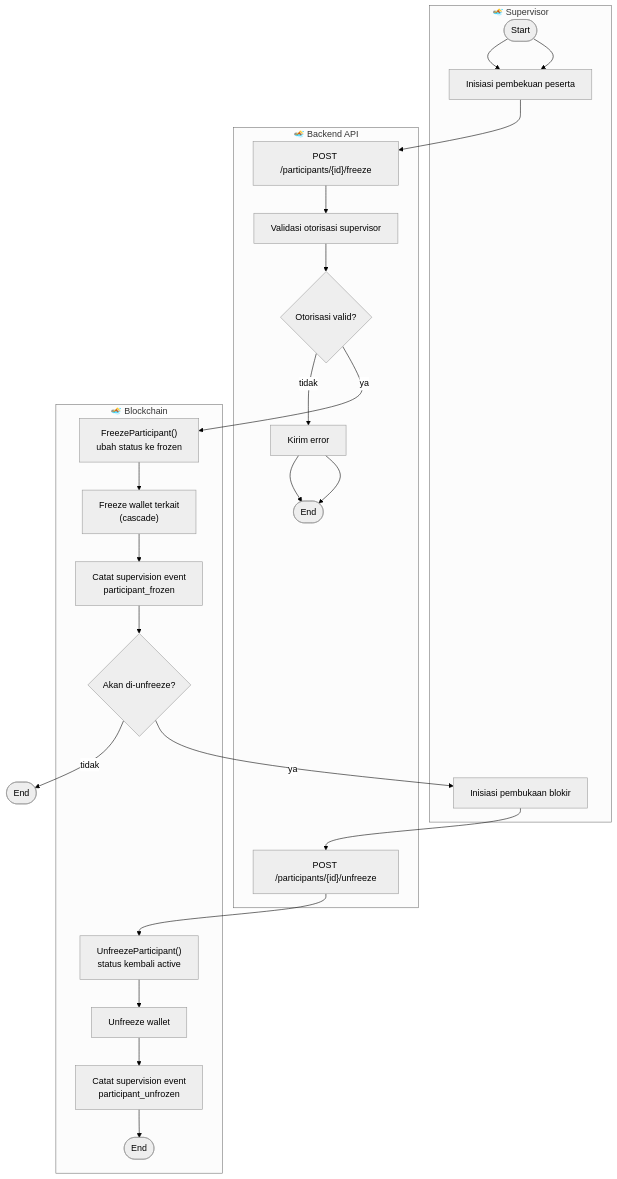
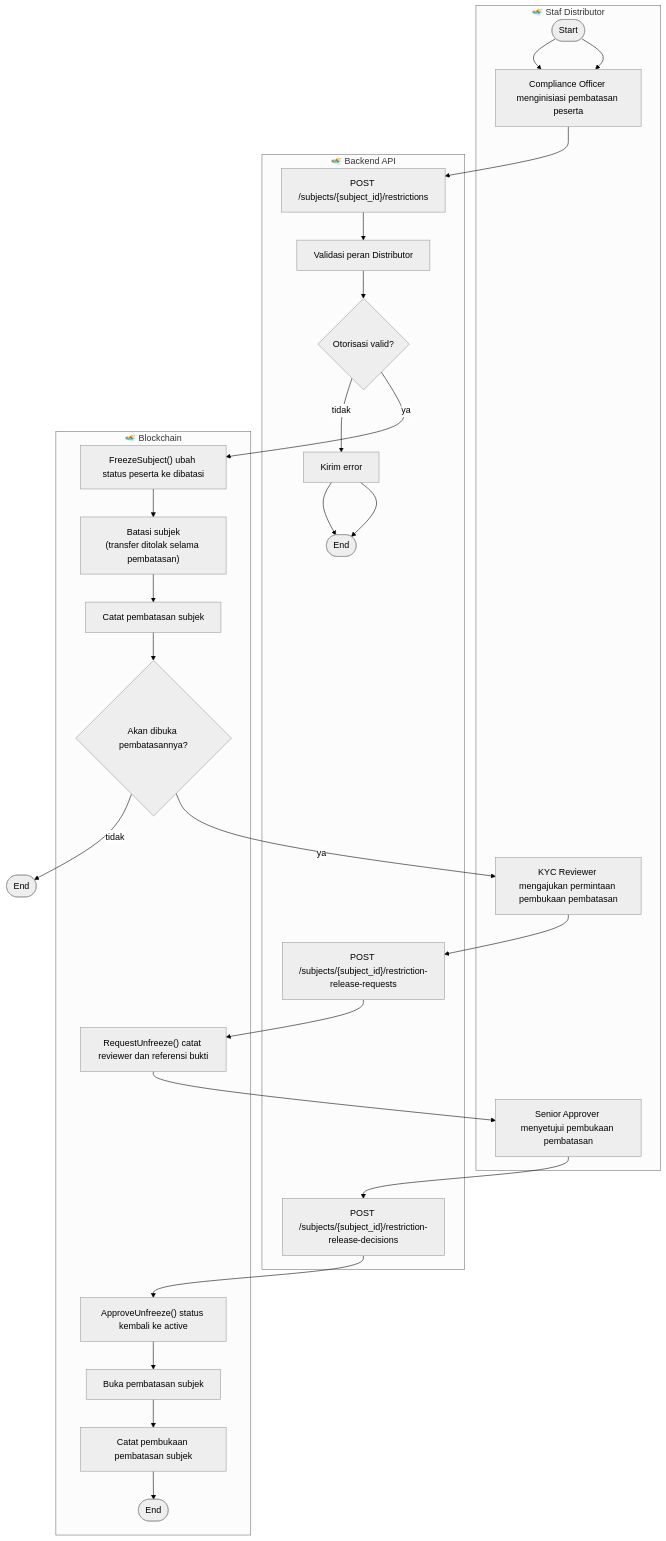
The sixth of 7 diagrams in bi-coin-fabric/docs/diagrams/mermaid/activity-diagrams.md (mfachrizalg/bi-coin), drawn with Mermaid before and after one commit. The commit also changed other lines of this file and 364 other files, not shown here.

````diff
--- a/bi-coin-fabric/docs/diagrams/mermaid/activity-diagrams.md
+++ b/bi-coin-fabric/docs/diagrams/mermaid/activity-diagrams.md
@@ -291,32 +352,37 @@
 ```mermaid
 %%{init: {'theme': 'neutral', 'themeVariables': {'primaryColor': '#ffffff', 'primaryBorderColor': '#000000', 'lineColor': '#000000'}}}%%
 flowchart TD
-    subgraph L1["🏊 Supervisor"]
-        S([Start]) --> S1["Inisiasi pembekuan peserta"]
-        S2["Inisiasi pembukaan blokir"]
+    subgraph L1["🏊 Staf Distributor"]
+        S([Start]) --> S1["Compliance Officer menginisiasi pembatasan peserta"]
+        S2["KYC Reviewer mengajukan permintaan pembukaan pembatasan"]
+        S3["Senior Approver menyetujui pembukaan pembatasan"]
     end
     subgraph L2["🏊 Backend API"]
-        B1["POST /participants/{id}/freeze"] --> B2["Validasi otorisasi supervisor"]
+        B1["POST /subjects/{subject_id}/restrictions"] --> B2["Validasi peran Distributor"]
         B2 --> D1{Otorisasi valid?}
         D1 -- tidak --> B3["Kirim error"] --> E1([End])
-        B4["POST /participants/{id}/unfreeze"]
+        B4["POST /subjects/{subject_id}/restriction-release-requests"]
+        B5["POST /subjects/{subject_id}/restriction-release-decisions"]
     end
     subgraph L3["🏊 Blockchain"]
-        C1["FreezeParticipant()<br/>ubah status ke frozen"]
-        C2["Freeze wallet terkait<br/>(cascade)"]
-        C3["Catat supervision event<br/>participant_frozen"]
-        D2{Akan di-unfreeze?}
-        C4["UnfreezeParticipant()<br/>status kembali active"]
-        C5["Unfreeze wallet"]
-        C6["Catat supervision event<br/>participant_unfrozen"] --> E3([End])
+        C1["FreezeSubject() ubah status peserta ke dibatasi"]
+        C2["Batasi subjek<br/>(transfer ditolak selama pembatasan)"]
+        C3["Catat pembatasan subjek"]
+        D2{Akan dibuka pembatasannya?}
+        C4["RequestUnfreeze() catat reviewer dan referensi bukti"]
+        C5["ApproveUnfreeze() status kembali ke active"]
+        C6["Buka pembatasan subjek"]
+        C7["Catat pembukaan pembatasan subjek"] --> E3([End])
     end
     S --> S1
     S1 --> B1
     D1 -- ya --> C1
     C1 --> C2 --> C3 --> D2
     D2 -- tidak --> E2([End])
     D2 -- ya --> S2
     S2 --> B4
-    B4 --> C4 --> C5 --> C6
+    B4 --> C4 --> S3
+    S3 --> B5
+    B5 --> C5 --> C6 --> C7
     B3 --> E1
 ```
````
